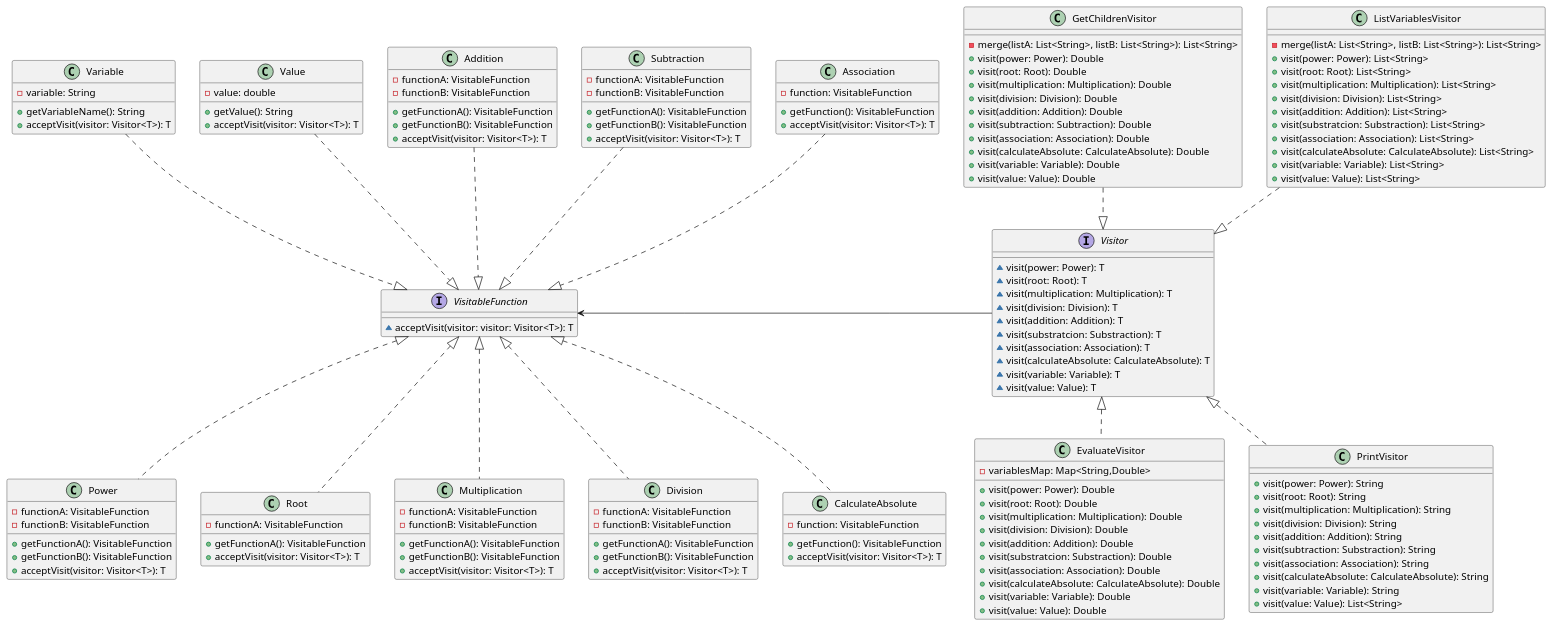
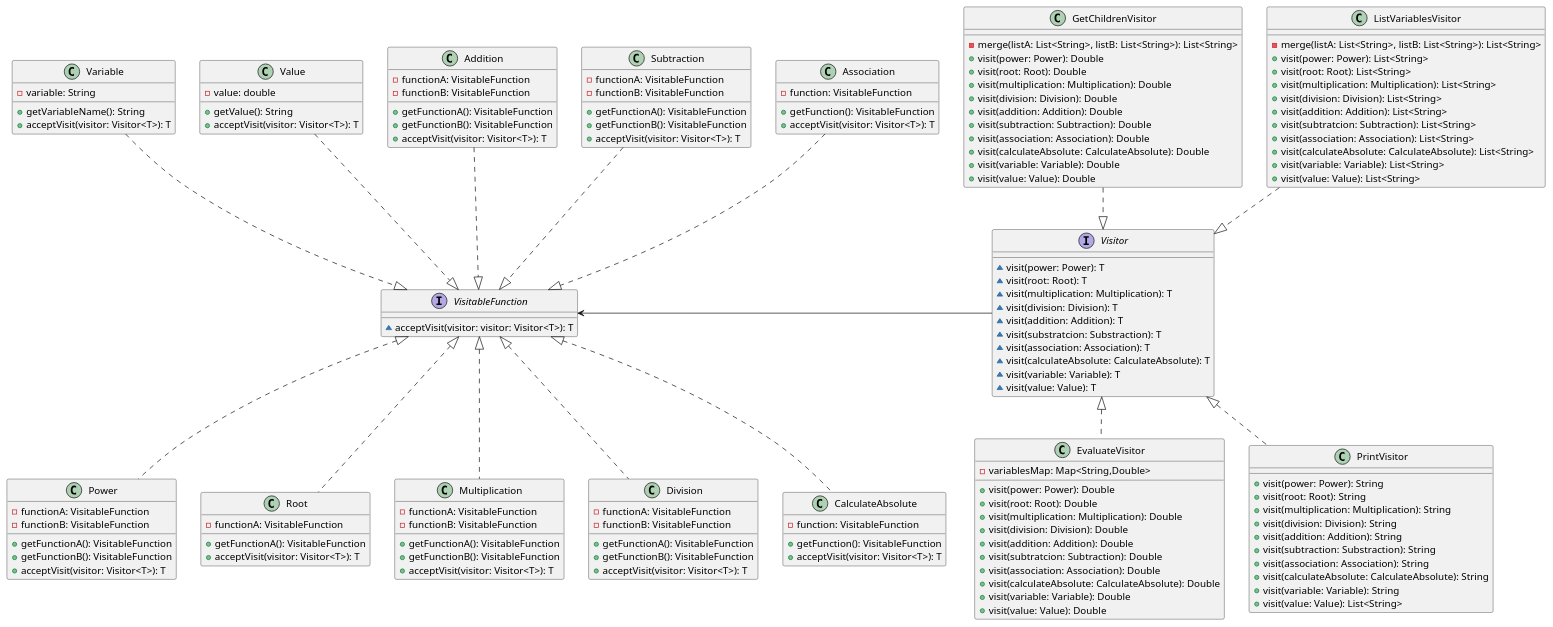
The diagram in diagrams/visitorFunction.puml (JulianRecio/formula), drawn with PlantUML before and after one commit. The commit also changed 23 other files, not shown here.

```diff
--- a/diagrams/visitorFunction.puml
+++ b/diagrams/visitorFunction.puml
@@ -1,166 +1,166 @@
 @startuml
 'https://plantuml.com/sequence-diagram
 
 interface VisitableFunction{
     ~ acceptVisit(visitor: visitor: Visitor<T>): T
 }
 
 class Variable{
     -variable: String
     +getVariableName(): String
     +acceptVisit(visitor: Visitor<T>): T
 }
 
 class Value{
     -value: double
     +getValue(): String
     +acceptVisit(visitor: Visitor<T>): T
 }
 
 class Power{
     -functionA: VisitableFunction
     -functionB: VisitableFunction
     +getFunctionA(): VisitableFunction
     +getFunctionB(): VisitableFunction
     +acceptVisit(visitor: Visitor<T>): T
 }
 
 class Root{
     -functionA: VisitableFunction
     +getFunctionA(): VisitableFunction
     +acceptVisit(visitor: Visitor<T>): T
 }
 
 class Multiplication{
     -functionA: VisitableFunction
     -functionB: VisitableFunction
     +getFunctionA(): VisitableFunction
     +getFunctionB(): VisitableFunction
     +acceptVisit(visitor: Visitor<T>): T
 }
 
 class Division{
     -functionA: VisitableFunction
     -functionB: VisitableFunction
     +getFunctionA(): VisitableFunction
     +getFunctionB(): VisitableFunction
     +acceptVisit(visitor: Visitor<T>): T
 }
 
 class Addition{
     -functionA: VisitableFunction
     -functionB: VisitableFunction
     +getFunctionA(): VisitableFunction
     +getFunctionB(): VisitableFunction
     +acceptVisit(visitor: Visitor<T>): T
 }
 
 class Subtraction{
     -functionA: VisitableFunction
     -functionB: VisitableFunction
     +getFunctionA(): VisitableFunction
     +getFunctionB(): VisitableFunction
     +acceptVisit(visitor: Visitor<T>): T
 }
 
 class CalculateAbsolute{
     -function: VisitableFunction
     +getFunction(): VisitableFunction
     +acceptVisit(visitor: Visitor<T>): T
 }
 
 class Association{
     -function: VisitableFunction
     +getFunction(): VisitableFunction
     +acceptVisit(visitor: Visitor<T>): T
 }
 
 interface Visitor{
     ~visit(power: Power): T
     ~visit(root: Root): T
     ~visit(multiplication: Multiplication): T
     ~visit(division: Division): T
     ~visit(addition: Addition): T
     ~visit(substratcion: Substraction): T
     ~visit(association: Association): T
     ~visit(calculateAbsolute: CalculateAbsolute): T
     ~visit(variable: Variable): T
     ~visit(value: Value): T
 }
 
 class EvaluateVisitor{
     - variablesMap: Map<String,Double>
     + visit(power: Power): Double
     + visit(root: Root): Double
     + visit(multiplication: Multiplication): Double
     + visit(division: Division): Double
     + visit(addition: Addition): Double
-    + visit(substratcion: Substraction): Double
+    + visit(subtratcion: Subtraction): Double
     + visit(association: Association): Double
     + visit(calculateAbsolute: CalculateAbsolute): Double
     + visit(variable: Variable): Double
     + visit(value: Value): Double
 }
 
 class GetChildrenVisitor{
     - merge(listA: List<String>, listB: List<String>): List<String>
     + visit(power: Power): Double
     + visit(root: Root): Double
     + visit(multiplication: Multiplication): Double
     + visit(division: Division): Double
     + visit(addition: Addition): Double
     + visit(subtraction: Subtraction): Double
     + visit(association: Association): Double
     + visit(calculateAbsolute: CalculateAbsolute): Double
     + visit(variable: Variable): Double
     + visit(value: Value): Double
 }
 
 class PrintVisitor{
         + visit(power: Power): String
         + visit(root: Root): String
         + visit(multiplication: Multiplication): String
         + visit(division: Division): String
         + visit(addition: Addition): String
         + visit(subtraction: Substraction): String
         + visit(association: Association): String
         + visit(calculateAbsolute: CalculateAbsolute): String
         + visit(variable: Variable): String
         + visit(value: Value): List<String>
 
 }
 
 
 class ListVariablesVisitor{
     - merge(listA: List<String>, listB: List<String>): List<String>
     + visit(power: Power): List<String>
     + visit(root: Root): List<String>
     + visit(multiplication: Multiplication): List<String>
     + visit(division: Division): List<String>
     + visit(addition: Addition): List<String>
-    + visit(substratcion: Substraction): List<String>
+    + visit(subtratcion: Subtraction): List<String>
     + visit(association: Association): List<String>
     + visit(calculateAbsolute: CalculateAbsolute): List<String>
     + visit(variable: Variable): List<String>
     + visit(value: Value): List<String>
 }
 
 CalculateAbsolute .u.|> VisitableFunction
 Power .u.|> VisitableFunction
 Root .u.|> VisitableFunction
 Multiplication .u.|> VisitableFunction
 Division .u.|> VisitableFunction
 Addition ..|> VisitableFunction
 Subtraction ..|> VisitableFunction
 Variable ..|> VisitableFunction
 Association ..|> VisitableFunction
 Value ..|> VisitableFunction
 
 EvaluateVisitor .u.|> Visitor
 PrintVisitor .u.|> Visitor
 GetChildrenVisitor ..|> Visitor
 ListVariablesVisitor ..|> Visitor
 
 Visitor ---l---> VisitableFunction
 
 @enduml
```
